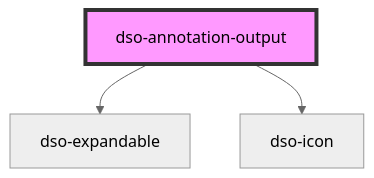
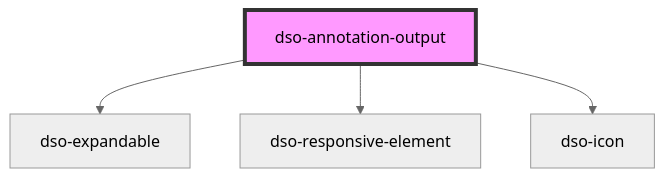
One commit to dso-toolkit/dso-toolkit changed the diagram in packages/core/src/components/annotation-output/readme.md. Above: the diagram before and after it, drawn with Mermaid (neutral theme). The commit also changed other lines of this file and 5 other files, not shown here.

````diff
--- a/packages/core/src/components/annotation-output/readme.md
+++ b/packages/core/src/components/annotation-output/readme.md
@@ -42,6 +43,7 @@
 ```mermaid
 graph TD;
   dso-annotation-output --> dso-expandable
+  dso-annotation-output --> dso-responsive-element
   dso-annotation-output --> dso-icon
   style dso-annotation-output fill:#f9f,stroke:#333,stroke-width:4px
 ```
````
